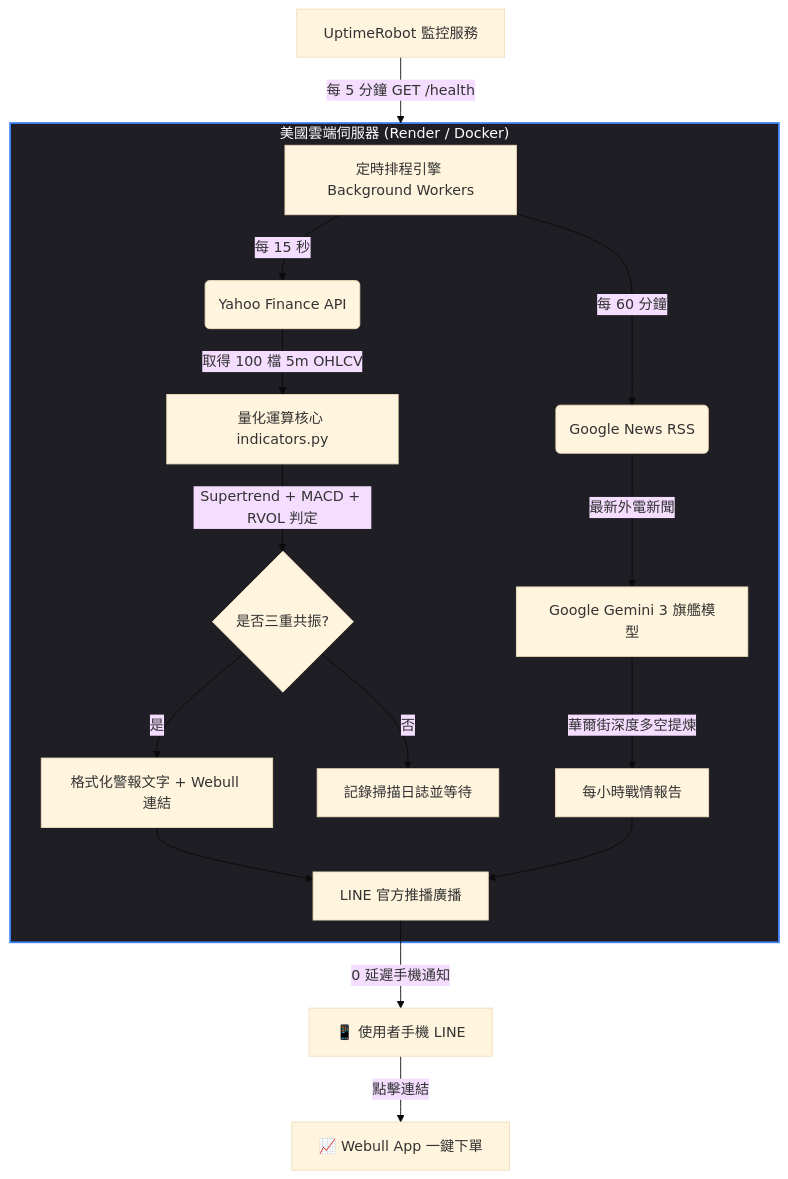
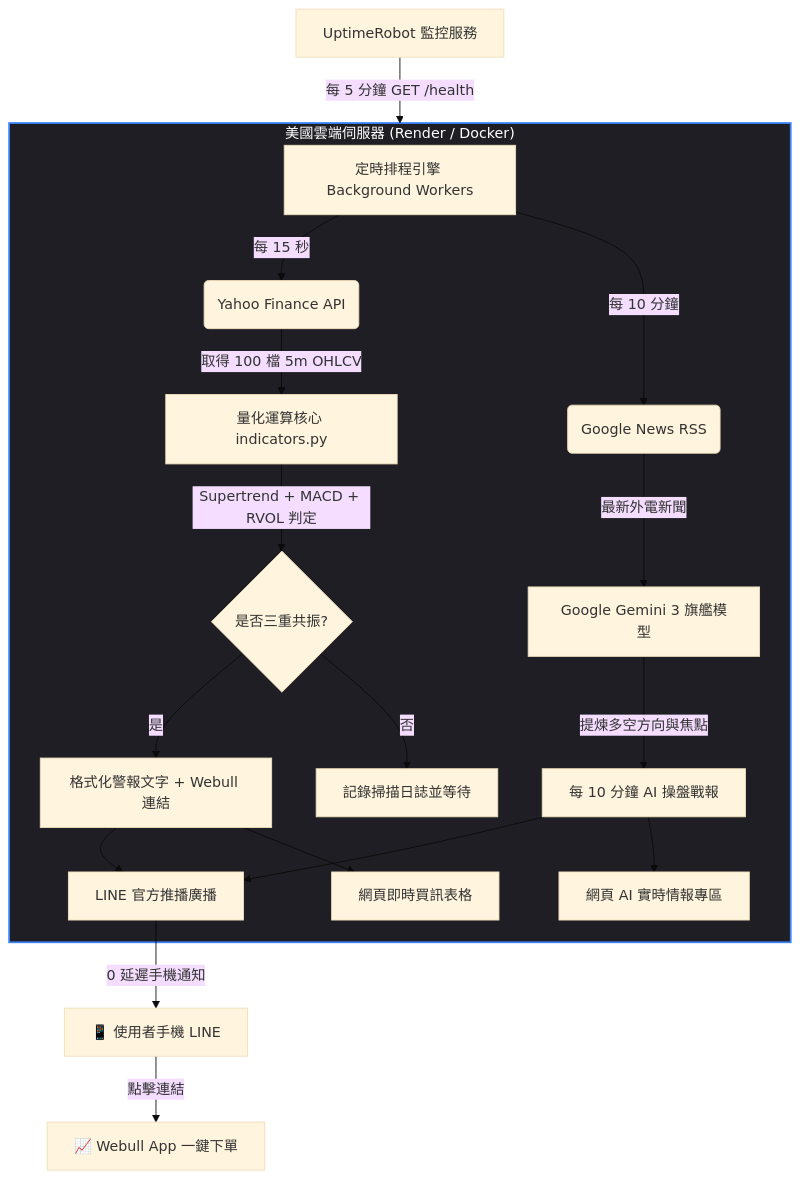
The diagram in 美股納指100買訊雷達_詳細規格書與交接文檔.md (ad732bcaacd1-a11y/nasdaq100-radar), drawn with Mermaid (base theme) before and after one commit. The commit also changed other lines of this file and 1 other file, not shown here.

Commit message:
Docs: Update specification document to v2.2 with 10-minute AI news pipeline and web dashboard features

````diff
--- a/美股納指100買訊雷達_詳細規格書與交接文檔.md
+++ b/美股納指100買訊雷達_詳細規格書與交接文檔.md
@@ -69,25 +71,28 @@
 ```mermaid
 flowchart TD
     subgraph Cloud["美國雲端伺服器 (Render / Docker)"]
         A[定時排程引擎 Background Workers] -->|每 15 秒| B(Yahoo Finance API)
-        A -->|每 60 分鐘| C(Google News RSS)
+        A -->|每 10 分鐘| C(Google News RSS)
         
         B -->|取得 100 檔 5m OHLCV| D[量化運算核心 indicators.py]
         D -->|Supertrend + MACD + RVOL 判定| E{是否三重共振?}
         
         E -->|是| F[格式化警報文字 + Webull 連結]
         E -->|否| G[記錄掃描日誌並等待]
         
         C -->|最新外電新聞| H[Google Gemini 3 旗艦模型]
-        H -->|華爾街深度多空提煉| I[每小時戰情報告]
+        H -->|提煉多空方向與焦點| I[每 10 分鐘 AI 操盤戰報]
         
         F --> J[LINE 官方推播廣播]
         I --> J
+        
+        I --> K[網頁 AI 實時情報專區]
+        F --> L[網頁即時買訊表格]
     end
     
-    J -->|0 延遲手機通知| K[📱 使用者手機 LINE]
-    K -->|點擊連結| L[📈 Webull App 一鍵下單]
+    J -->|0 延遲手機通知| M[📱 使用者手機 LINE]
+    M -->|點擊連結| N[📈 Webull App 一鍵下單]
     
-    M[UptimeRobot 監控服務] -->|每 5 分鐘 GET /health| Cloud
+    O[UptimeRobot 監控服務] -->|每 5 分鐘 GET /health| Cloud
     style Cloud fill:#1e1e24,stroke:#3b82f6,stroke-width:2px,color:#fff
 ```
````
